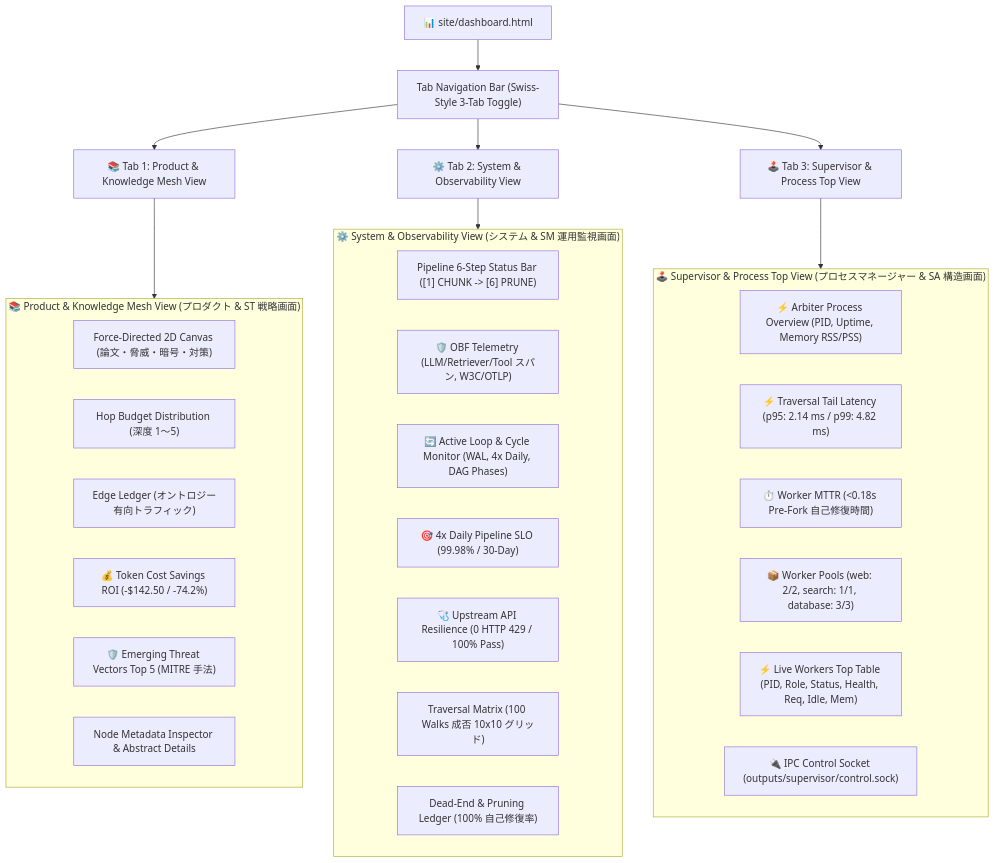
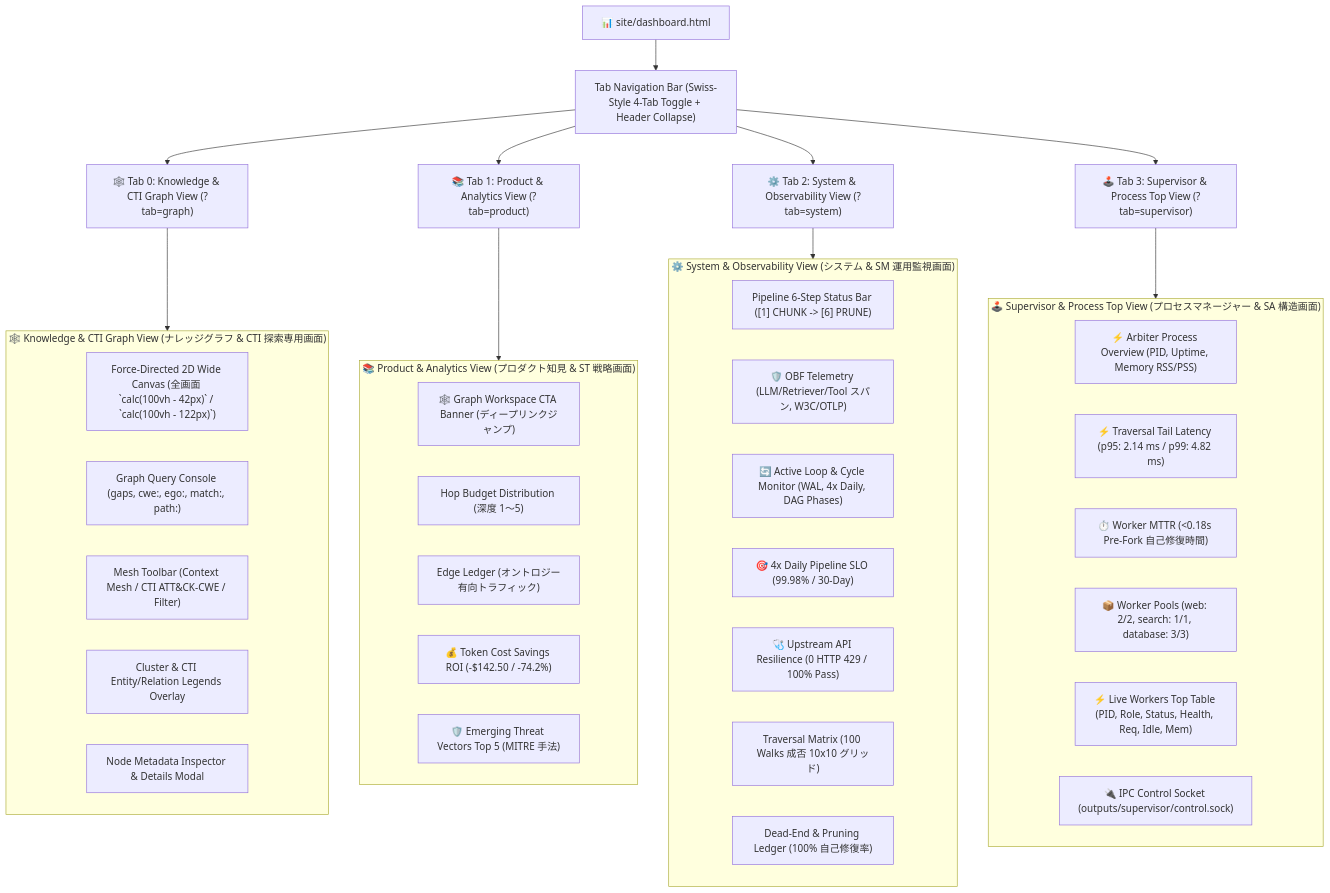
One commit to rokujyouhitoma/arxiv-security-papers changed the second of 2 diagrams in docs/designs/DSN-14-graph_engineering_dashboard.md. Above: the diagram before and after it, drawn with Mermaid. The commit also changed other lines of this file and 4 other files, not shown here.

First line of the commit message:
feat(web): implement dedicated tab=graph screen and immersive header toggle in dashboard (ID: 138)

````diff
--- a/docs/designs/DSN-14-graph_engineering_dashboard.md
+++ b/docs/designs/DSN-14-graph_engineering_dashboard.md
@@ -244,41 +244,50 @@
 ```mermaid
 graph TD
     Dashboard["📊 site/dashboard.html"]
-    Dashboard --> Nav["Tab Navigation Bar (Swiss-Style 3-Tab Toggle)"]
+    Dashboard --> Nav["Tab Navigation Bar (Swiss-Style 4-Tab Toggle + Header Collapse)"]
     
-    Nav --> Tab1["📚 Tab 1: Product & Knowledge Mesh View"]
-    Nav --> Tab2["⚙️ Tab 2: System & Observability View"]
-    Nav --> Tab3["🕹️ Tab 3: Supervisor & Process Top View"]
+    Nav --> Tab0["🕸️ Tab 0: Knowledge & CTI Graph View (?tab=graph)"]
+    Nav --> Tab1["📚 Tab 1: Product & Analytics View (?tab=product)"]
+    Nav --> Tab2["⚙️ Tab 2: System & Observability View (?tab=system)"]
+    Nav --> Tab3["🕹️ Tab 3: Supervisor & Process Top View (?tab=supervisor)"]
     
-    subgraph Tab1Details ["📚 Product & Knowledge Mesh View (プロダクト & ST 戦略画面)"]
-        Canvas["Force-Directed 2D Canvas (論文・脅威・暗号・対策)"]
+    subgraph Tab0Details ["🕸️ Knowledge & CTI Graph View (ナレッジグラフ & CTI 探索専用画面)"]
+        Canvas["Force-Directed 2D Wide Canvas (全画面 `calc(100vh - 42px)` / `calc(100vh - 122px)`)"]
+        Console["Graph Query Console (gaps, cwe:, ego:, match:, path:)"]
+        Modes["Mesh Toolbar (Context Mesh / CTI ATT&CK-CWE / Filter)"]
+        Legends["Cluster & CTI Entity/Relation Legends Overlay"]
+        Callout["Node Metadata Inspector & Details Modal"]
+    end
+
+    subgraph Tab1Details ["📚 Product & Analytics View (プロダクト知見 & ST 戦略画面)"]
+        CTABanner["🕸️ Graph Workspace CTA Banner (ディープリンクジャンプ)"]
         HopBudget["Hop Budget Distribution (深度 1〜5)"]
         EdgeLedger["Edge Ledger (オントロジー有向トラフィック)"]
         ST_ROI["💰 Token Cost Savings ROI (-$142.50 / -74.2%)"]
         ST_Threats["🛡️ Emerging Threat Vectors Top 5 (MITRE 手法)"]
-        Callout["Node Metadata Inspector & Abstract Details"]
     end
     
     subgraph Tab2Details ["⚙️ System & Observability View (システム & SM 運用監視画面)"]
         PipelineBar["Pipeline 6-Step Status Bar ([1] CHUNK -> [6] PRUNE)"]
         OBF["🛡️ OBF Telemetry (LLM/Retriever/Tool スパン, W3C/OTLP)"]
         LoopMon["🔄 Active Loop & Cycle Monitor (WAL, 4x Daily, DAG Phases)"]
         SM_SLO["🎯 4x Daily Pipeline SLO (99.98% / 30-Day)"]
         SM_API["🩺 Upstream API Resilience (0 HTTP 429 / 100% Pass)"]
         Matrix["Traversal Matrix (100 Walks 成否 10x10 グリッド)"]
         DeadEnd["Dead-End & Pruning Ledger (100% 自己修復率)"]
     end
 
     subgraph Tab3Details ["🕹️ Supervisor & Process Top View (プロセスマネージャー & SA 構造画面)"]
         ArbiterCard["⚡ Arbiter Process Overview (PID, Uptime, Memory RSS/PSS)"]
         SA_Latency["⚡ Traversal Tail Latency (p95: 2.14 ms / p99: 4.82 ms)"]
         SA_MTTR["⏱️ Worker MTTR (<0.18s Pre-Fork 自己修復時間)"]
         PoolsCard["📦 Worker Pools (web: 2/2, search: 1/1, database: 3/3)"]
         WorkersTable["⚡ Live Workers Top Table (PID, Role, Status, Health, Req, Idle, Mem)"]
         IPCCard["🔌 IPC Control Socket (outputs/supervisor/control.sock)"]
     end
 
+    Tab0 --> Tab0Details
     Tab1 --> Tab1Details
     Tab2 --> Tab2Details
     Tab3 --> Tab3Details
 ```
````
